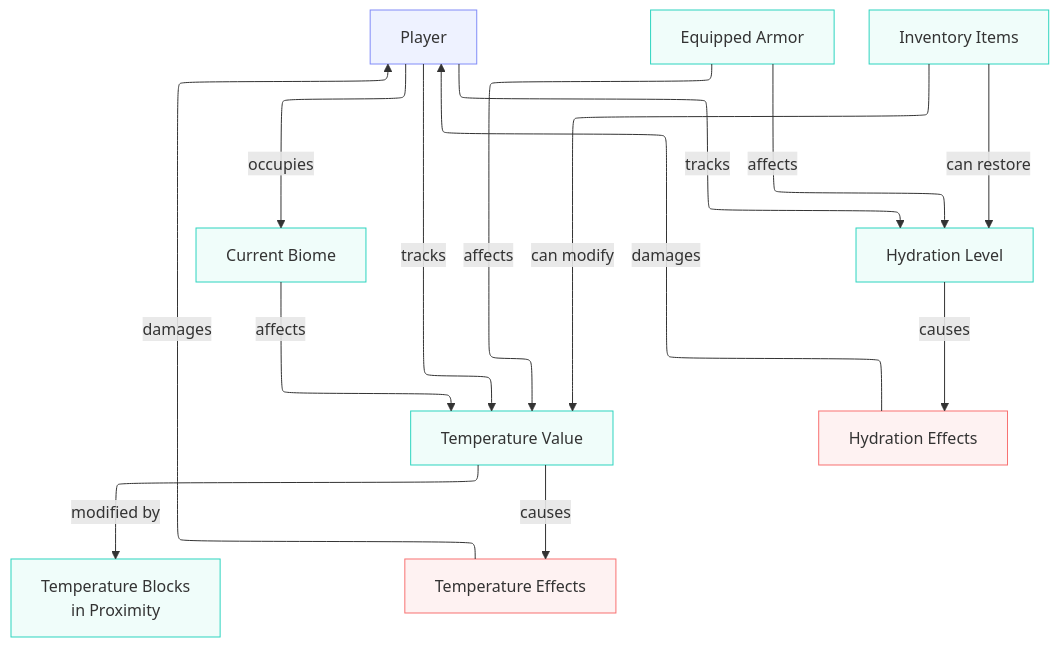
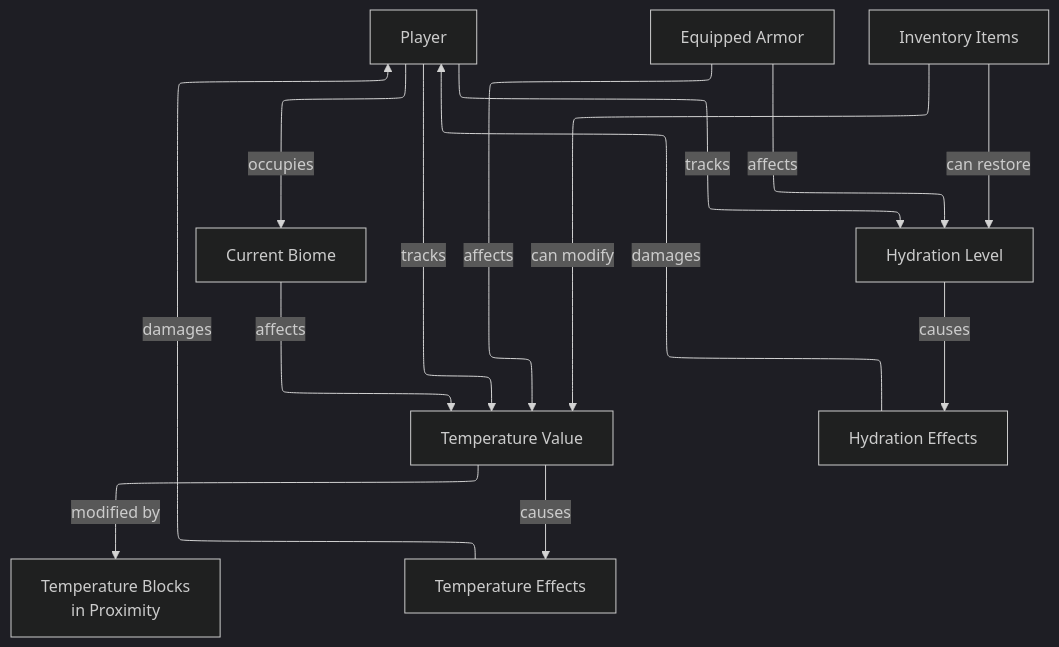
One commit to KeeganKnapp/TougherThanNails changed the diagram in README.md. Above: the diagram before and after it, drawn with Mermaid.

````diff
--- a/README.md
+++ b/README.md
@@ -36,47 +36,38 @@
 ```mermaid
 ---
 config:
   layout: elk
+  theme: dark
 ---
 graph TD
     Player[Player]
     Biome[Current Biome]
     Temp[Temperature Value]
     Hydration[Hydration Level]
     
     Player -->|occupies| Biome
     Biome -->|affects| Temp
     Player -->|tracks| Hydration
     Player -->|tracks| Temp
     
     TempBlocks[Temperature Blocks<br/>in Proximity]
     Temp -->|modified by| TempBlocks
     
     Armor[Equipped Armor]
     Items[Inventory Items]
     
     Armor -->|affects| Temp
     Items -->|can restore| Hydration
     Items -->|can modify| Temp
     Armor -->|affects| Hydration
     
     HydrationEffect[Hydration Effects]
     TempEffect[Temperature Effects]
     
     Hydration -->|causes| HydrationEffect
     Temp -->|causes| TempEffect
     
     HydrationEffect -->|damages| Player
     TempEffect -->|damages| Player
-    
-    classDef playerNode stroke:#818cf8,fill:#eef2ff
-    classDef systemNode stroke:#2dd4bf,fill:#f0fdfa
-    classDef effectNode stroke:#fb923c,fill:#fff7ed
-    classDef damageNode stroke:#f87171,fill:#fef2f2
-    
-    class Player playerNode
-    class Biome,Temp,Hydration,TempBlocks,Armor,Items systemNode
-    class HydrationEffect,TempEffect effectNode
-    class HydrationEffect,TempEffect,damageNode damageNode
 
 ```
````
